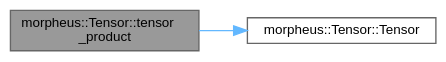
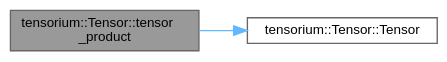
Before and after one commit to TensoriumCore/Tensorium_lib: the diagram in docs/classmorpheus_1_1Tensor_a9e2fc9372addcf2c1c385fca7108136a_cgraph.dot, drawn with Graphviz. The commit also changed 3640 other files, not shown here.

```diff
--- a/docs/classmorpheus_1_1Tensor_a9e2fc9372addcf2c1c385fca7108136a_cgraph.dot
+++ b/docs/classmorpheus_1_1Tensor_a9e2fc9372addcf2c1c385fca7108136a_cgraph.dot
@@ -1,11 +1,11 @@
-digraph "morpheus::Tensor::tensor_product"
+digraph "tensorium::Tensor::tensor_product"
 {
  // LATEX_PDF_SIZE
   bgcolor="transparent";
   edge [fontname=Helvetica,fontsize=10,labelfontname=Helvetica,labelfontsize=10];
   node [fontname=Helvetica,fontsize=10,shape=box,height=0.2,width=0.4];
   rankdir="LR";
-  Node1 [id="Node000001",label="morpheus::Tensor::tensor\l_product",height=0.2,width=0.4,color="gray40", fillcolor="grey60", style="filled", fontcolor="black",tooltip=" "];
+  Node1 [id="Node000001",label="tensorium::Tensor::tensor\l_product",height=0.2,width=0.4,color="gray40", fillcolor="grey60", style="filled", fontcolor="black",tooltip=" "];
   Node1 -> Node2 [id="edge1_Node000001_Node000002",color="steelblue1",style="solid",tooltip=" "];
-  Node2 [id="Node000002",label="morpheus::Tensor::Tensor",height=0.2,width=0.4,color="grey40", fillcolor="white", style="filled",URL="$classmorpheus_1_1Tensor.html#add63eead7e596a891d704488cc73a7d0",tooltip=" "];
+  Node2 [id="Node000002",label="tensorium::Tensor::Tensor",height=0.2,width=0.4,color="grey40", fillcolor="white", style="filled",URL="$classtensorium_1_1Tensor.html#add63eead7e596a891d704488cc73a7d0",tooltip=" "];
 }
```
